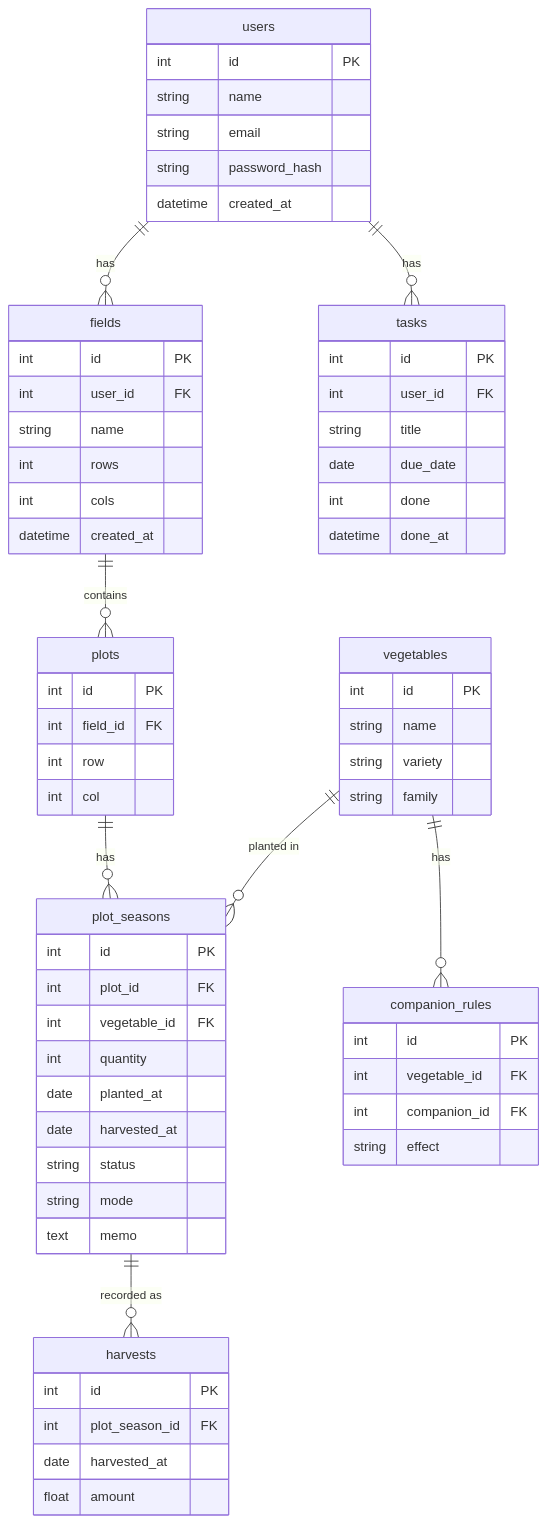
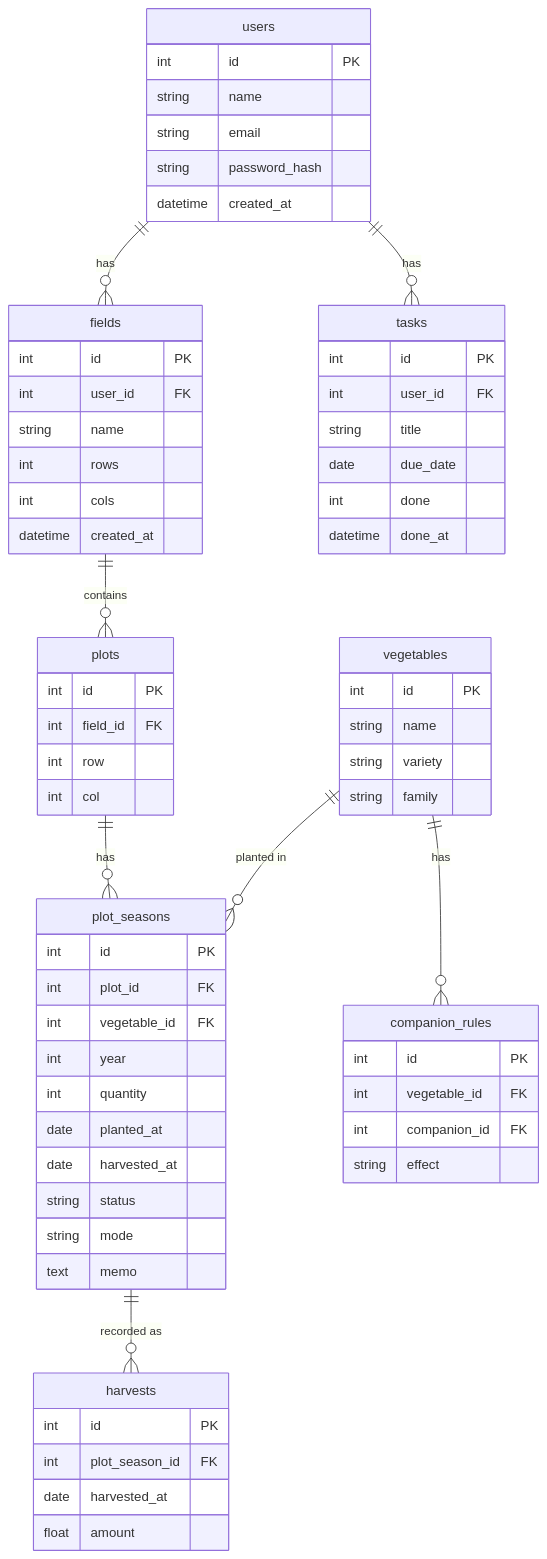
One commit to aya-k-o/FarmPlan changed the diagram in docs/er_diagram.md. Above: the diagram before and after it, drawn with Mermaid. The commit also changed 1 other file, not shown here.

Commit message:
docs: init.sqlとER図を実装に合わせて更新 tasksテーブルとplot_seasons.yearカラムを追加。 実装とドキュメントの整合性を確保。

````diff
--- a/docs/er_diagram.md
+++ b/docs/er_diagram.md
@@ -5,76 +5,77 @@
 ```mermaid
 erDiagram
     users ||--o{ fields : "has"
     users ||--o{ tasks : "has"
     fields ||--o{ plots : "contains"
     plots ||--o{ plot_seasons : "has"
     vegetables ||--o{ plot_seasons : "planted in"
     plot_seasons ||--o{ harvests : "recorded as"
     vegetables ||--o{ companion_rules : "has"
     
     users {
         int id PK
         string name
         string email
         string password_hash
         datetime created_at
     }
     
     fields {
         int id PK
         int user_id FK
         string name
         int rows
         int cols
         datetime created_at
     }
     
     plots {
         int id PK
         int field_id FK
         int row
         int col
     }
     
     plot_seasons {
         int id PK
         int plot_id FK
         int vegetable_id FK
+        int year
         int quantity
         date planted_at
         date harvested_at
         string status
         string mode
         text memo
     }
     
     vegetables {
         int id PK
         string name
         string variety
         string family
     }
     
     harvests {
         int id PK
         int plot_season_id FK
         date harvested_at
         float amount
     }
     
     companion_rules {
         int id PK
         int vegetable_id FK
         int companion_id FK
         string effect
     }
     
     tasks {
         int id PK
         int user_id FK
         string title
         date due_date
         int done
         datetime done_at
     }
 ```
````
